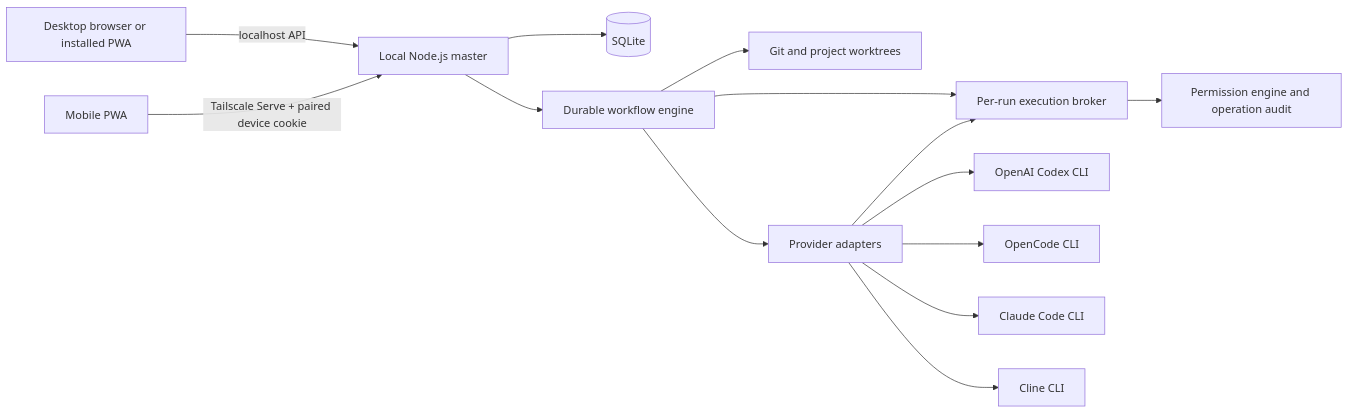
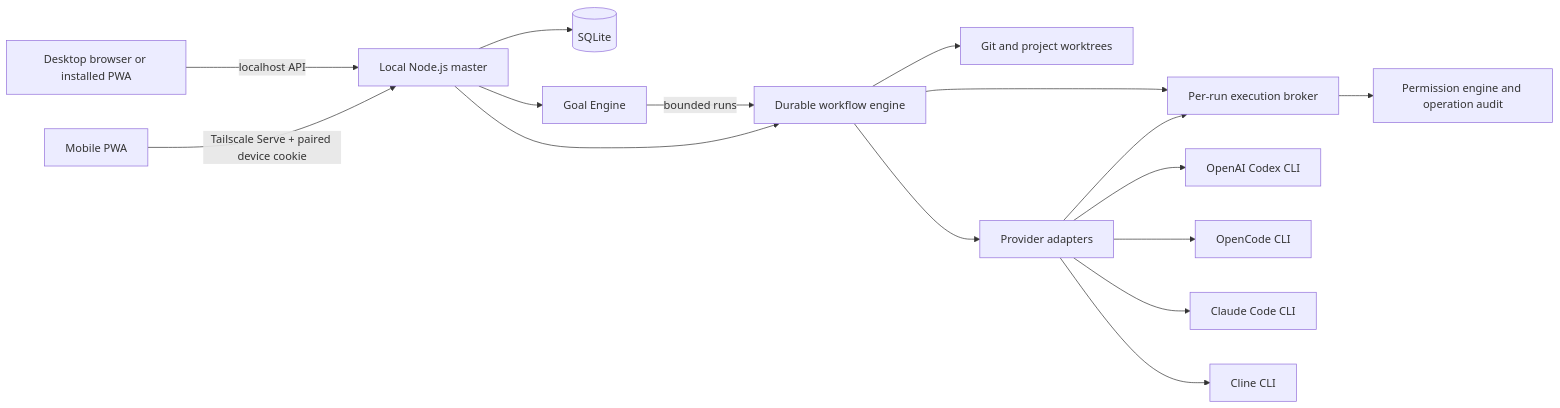
Before and after one commit to abharrison1995-droid/turing-terminal-v1: the diagram in docs/ARCHITECTURE.md, drawn with Mermaid. The commit also changed other lines of this file and 229 other files, not shown here.

````diff
--- a/docs/ARCHITECTURE.md
+++ b/docs/ARCHITECTURE.md
@@ -5,16 +5,18 @@
 ```mermaid
 flowchart LR
   Desktop[Desktop browser or installed PWA] -->|localhost API| Master[Local Node.js master]
   Phone[Mobile PWA] -->|Tailscale Serve + paired device cookie| Master
   Master --> Store[(SQLite)]
+  Master --> Goals[Goal Engine]
+  Goals -->|bounded runs| Engine
   Master --> Engine[Durable workflow engine]
   Engine --> Git[Git and project worktrees]
   Engine --> Adapter[Provider adapters]
   Engine --> Broker[Per-run execution broker]
   Broker --> Policy[Permission engine and operation audit]
   Adapter --> Broker
   Adapter --> Codex[OpenAI Codex CLI]
   Adapter --> OpenCode[OpenCode CLI]
   Adapter --> Claude[Claude Code CLI]
   Adapter --> Cline[Cline CLI]
 ```
````
